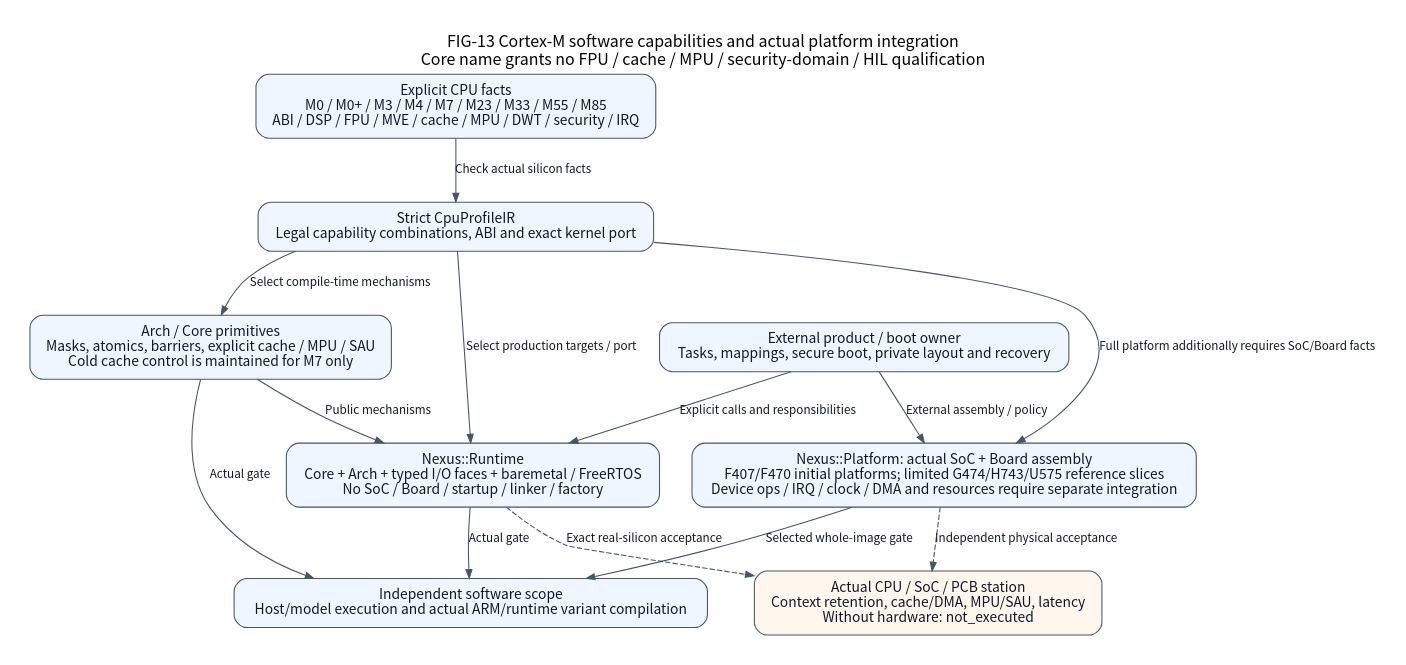
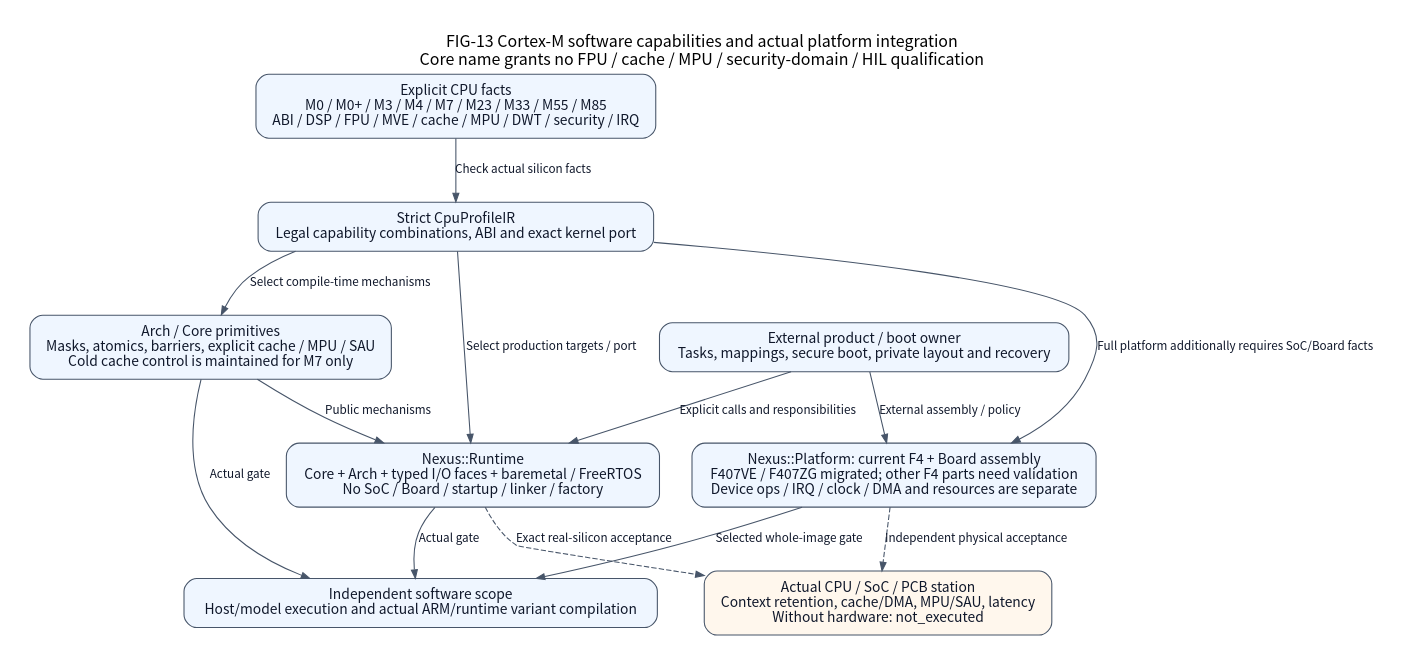
The diagram in docs/assets/diagrams/localized/en/cortex-m-capabilities.dot (X-Gen-Lab/nexus), drawn with Graphviz before and after one commit. The commit also changed 2170 other files, not shown here.

First line of the commit message:
refactor(platform): consolidate STM32F4 and bootstrap C configuration

```diff
--- a/docs/assets/diagrams/localized/en/cortex-m-capabilities.dot
+++ b/docs/assets/diagrams/localized/en/cortex-m-capabilities.dot
@@ -1,36 +1,36 @@
 // FIG-13 current: source-backed, scoped engineering view.
-// Code basis: 0111c8d3b9c7b37d258b9c401070305b13b6f3a1.
+// Code basis: arch/arm/cortex_m; cmake/platform/Runtime.cmake; soc/stm32/stm32f4.
 // Relations and qualification limits are documented in README.md.
 digraph CortexMCapabilities {
     graph [newrank=true, rankdir=TB, bgcolor="white", pad=0.28, nodesep=0.42,
            ranksep=0.66, fontname="Noto Sans CJK SC", fontsize=15,
            labelloc=t];
     node [shape=box, style="rounded,filled", fillcolor="#eff6ff",
           color="#475569", fontcolor="#0f172a", fontname="Noto Sans CJK SC",
           fontsize=13, margin="0.18,0.12"];
     edge [color="#475569", fontcolor="#0f172a",
           fontname="Noto Sans CJK SC", fontsize=11, arrowsize=0.8];
 
     graph [label="FIG-13 Cortex-M software capabilities and actual platform integration\nCore name grants no FPU / cache / MPU / security-domain / HIL qualification"];
     facts [label="Explicit CPU facts\nM0 / M0+ / M3 / M4 / M7 / M23 / M33 / M55 / M85\nABI / DSP / FPU / MVE / cache / MPU / DWT / security / IRQ"];
     resolver [label="Strict CpuProfileIR\nLegal capability combinations, ABI and exact kernel port"];
     primitives [label="Arch / Core primitives\nMasks, atomics, barriers, explicit cache / MPU / SAU\nCold cache control is maintained for M7 only"];
     runtime [label="Nexus::Runtime\nCore + Arch + typed I/O faces + baremetal / FreeRTOS\nNo SoC / Board / startup / linker / factory"];
-    platform [label="Nexus::Platform: actual SoC + Board assembly\nF407/F470 initial platforms; limited G474/H743/U575 reference slices\nDevice ops / IRQ / clock / DMA and resources require separate integration"];
+    platform [label="Nexus::Platform: current F4 + Board assembly\nF407VE / F407ZG migrated; other F4 parts need validation\nDevice ops / IRQ / clock / DMA and resources are separate"];
     owner [label="External product / boot owner\nTasks, mappings, secure boot, private layout and recovery"];
     software [label="Independent software scope\nHost/model execution and actual ARM/runtime variant compilation"];
     physical [label="Actual CPU / SoC / PCB station\nContext retention, cache/DMA, MPU/SAU, latency\nWithout hardware: not_executed", fillcolor="#fff7ed"];
     facts -> resolver [label="Check actual silicon facts"];
     resolver -> primitives [label="Select compile-time mechanisms"];
     resolver -> runtime [label="Select production targets / port"];
     primitives -> runtime [label="Public mechanisms"];
     resolver -> platform [label="Full platform additionally requires SoC/Board facts"];
     owner -> runtime [label="Explicit calls and responsibilities"];
     owner -> platform [label="External assembly / policy"];
     primitives -> software [label="Actual gate"];
     runtime -> software [label="Actual gate"];
     platform -> software [label="Selected whole-image gate"];
     platform -> physical [label="Independent physical acceptance", style=dashed];
     runtime -> physical [label="Exact real-silicon acceptance", style=dashed];
     { rank=same; runtime; platform; }
 }
```
